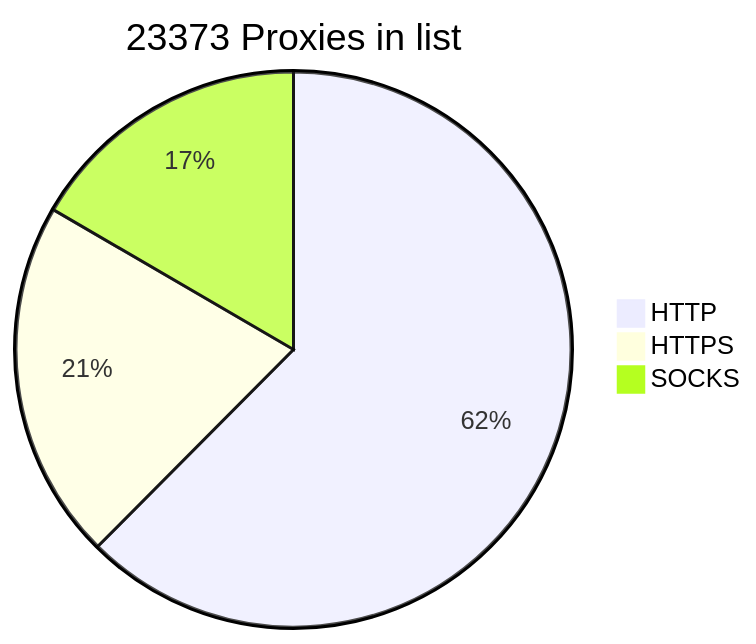
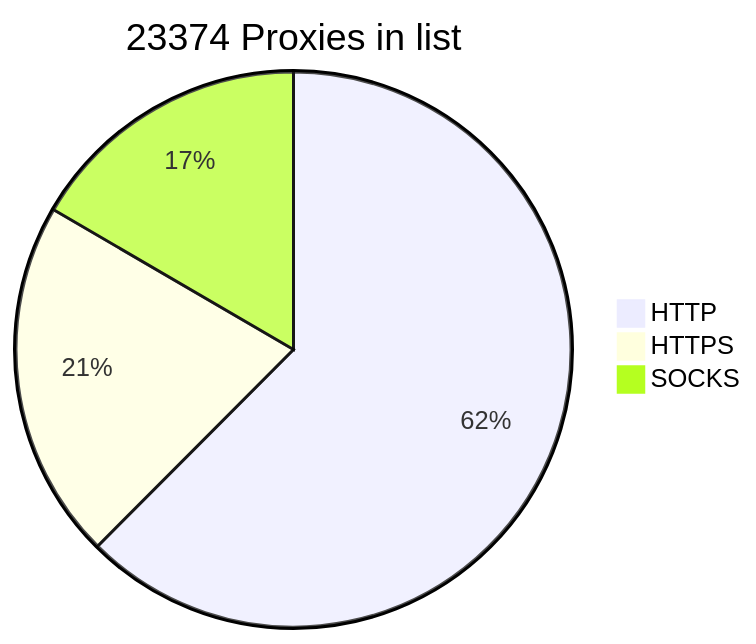
The diagram in README.md (BlackSnowDot/proxylist-update-every-minute), drawn with Mermaid before and after one commit.

````diff
--- a/README.md
+++ b/README.md
@@ -2,6 +2,6 @@
 ```mermaid
-pie title 23373 Proxies in list
-    "HTTP" : 16741
+pie title 23374 Proxies in list
+    "HTTP" : 16751
     "HTTPS": 5613
     "SOCKS" : 4452
 ```
````
